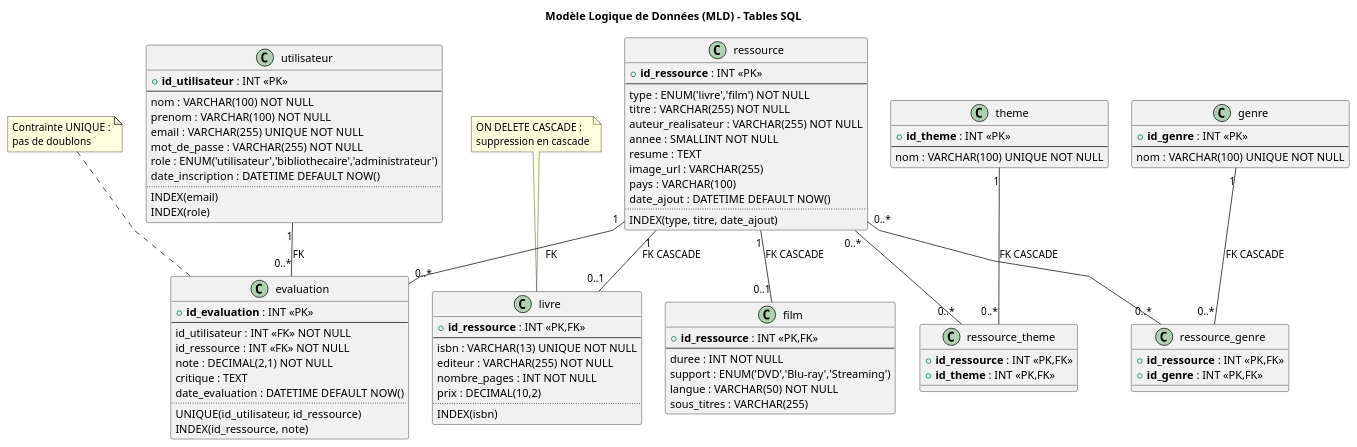
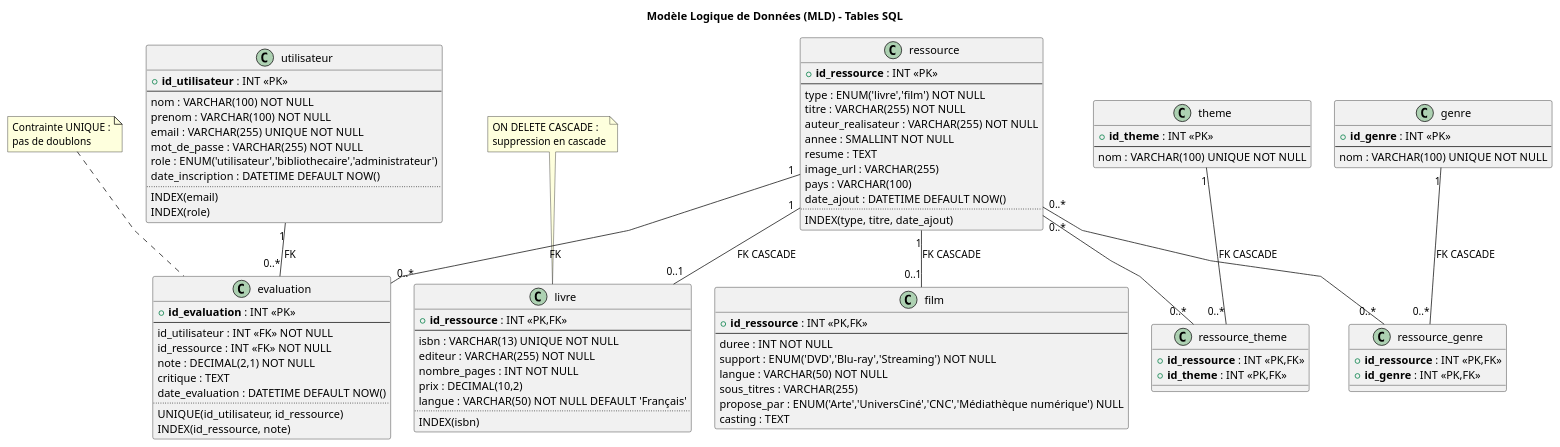
The diagram in documentation/diagrammes/09-mld.puml (MGio12/mediatheque), drawn with PlantUML before and after one commit. The commit also changed 1 other file, not shown here.

Commit message:
Modification schéma ajout langue + propose_par + casting

```diff
--- a/documentation/diagrammes/09-mld.puml
+++ b/documentation/diagrammes/09-mld.puml
@@ -1,113 +1,116 @@
 @startuml Modèle Logique de Données
 
 skinparam linetype polyline
 skinparam nodesep 30
 skinparam ranksep 40
 
 title Modèle Logique de Données (MLD) - Tables SQL
 
 class utilisateur {
   + **id_utilisateur** : INT <<PK>>
   --
   nom : VARCHAR(100) NOT NULL
   prenom : VARCHAR(100) NOT NULL
   email : VARCHAR(255) UNIQUE NOT NULL
   mot_de_passe : VARCHAR(255) NOT NULL
   role : ENUM('utilisateur','bibliothecaire','administrateur')
   date_inscription : DATETIME DEFAULT NOW()
   ..
   INDEX(email)
   INDEX(role)
 }
 
 class ressource {
   + **id_ressource** : INT <<PK>>
   --
   type : ENUM('livre','film') NOT NULL
   titre : VARCHAR(255) NOT NULL
   auteur_realisateur : VARCHAR(255) NOT NULL
   annee : SMALLINT NOT NULL
   resume : TEXT
   image_url : VARCHAR(255)
   pays : VARCHAR(100)
   date_ajout : DATETIME DEFAULT NOW()
   ..
   INDEX(type, titre, date_ajout)
 }
 
 class livre {
   + **id_ressource** : INT <<PK,FK>>
   --
   isbn : VARCHAR(13) UNIQUE NOT NULL
   editeur : VARCHAR(255) NOT NULL
   nombre_pages : INT NOT NULL
   prix : DECIMAL(10,2)
+  langue : VARCHAR(50) NOT NULL DEFAULT 'Français'
   ..
   INDEX(isbn)
 }
 
 class film {
   + **id_ressource** : INT <<PK,FK>>
   --
   duree : INT NOT NULL
-  support : ENUM('DVD','Blu-ray','Streaming')
+  support : ENUM('DVD','Blu-ray','Streaming') NOT NULL
   langue : VARCHAR(50) NOT NULL
   sous_titres : VARCHAR(255)
+  propose_par : ENUM('Arte','UniversCiné','CNC','Médiathèque numérique') NULL
+  casting : TEXT
 }
 
 class genre {
   + **id_genre** : INT <<PK>>
   --
   nom : VARCHAR(100) UNIQUE NOT NULL
 }
 
 class theme {
   + **id_theme** : INT <<PK>>
   --
   nom : VARCHAR(100) UNIQUE NOT NULL
 }
 
 class ressource_genre {
   + **id_ressource** : INT <<PK,FK>>
   + **id_genre** : INT <<PK,FK>>
 }
 
 class ressource_theme {
   + **id_ressource** : INT <<PK,FK>>
   + **id_theme** : INT <<PK,FK>>
 }
 
 class evaluation {
   + **id_evaluation** : INT <<PK>>
   --
   id_utilisateur : INT <<FK>> NOT NULL
   id_ressource : INT <<FK>> NOT NULL
   note : DECIMAL(2,1) NOT NULL
   critique : TEXT
   date_evaluation : DATETIME DEFAULT NOW()
   ..
   UNIQUE(id_utilisateur, id_ressource)
   INDEX(id_ressource, note)
 }
 
 ' Relations avec cardinalités
 utilisateur "1" -- "0..*" evaluation : FK
 ressource "1" -- "0..*" evaluation : FK
 ressource "1" -- "0..1" livre : FK CASCADE
 ressource "1" -- "0..1" film : FK CASCADE
 ressource "0..*" -- "0..*" ressource_genre
 genre "1" -- "0..*" ressource_genre : FK CASCADE
 ressource "0..*" -- "0..*" ressource_theme
 theme "1" -- "0..*" ressource_theme : FK CASCADE
 
 note top of evaluation
   Contrainte UNIQUE :
   pas de doublons
 end note
 
 note top of livre
   ON DELETE CASCADE :
   suppression en cascade
 end note
 
 @enduml
```
